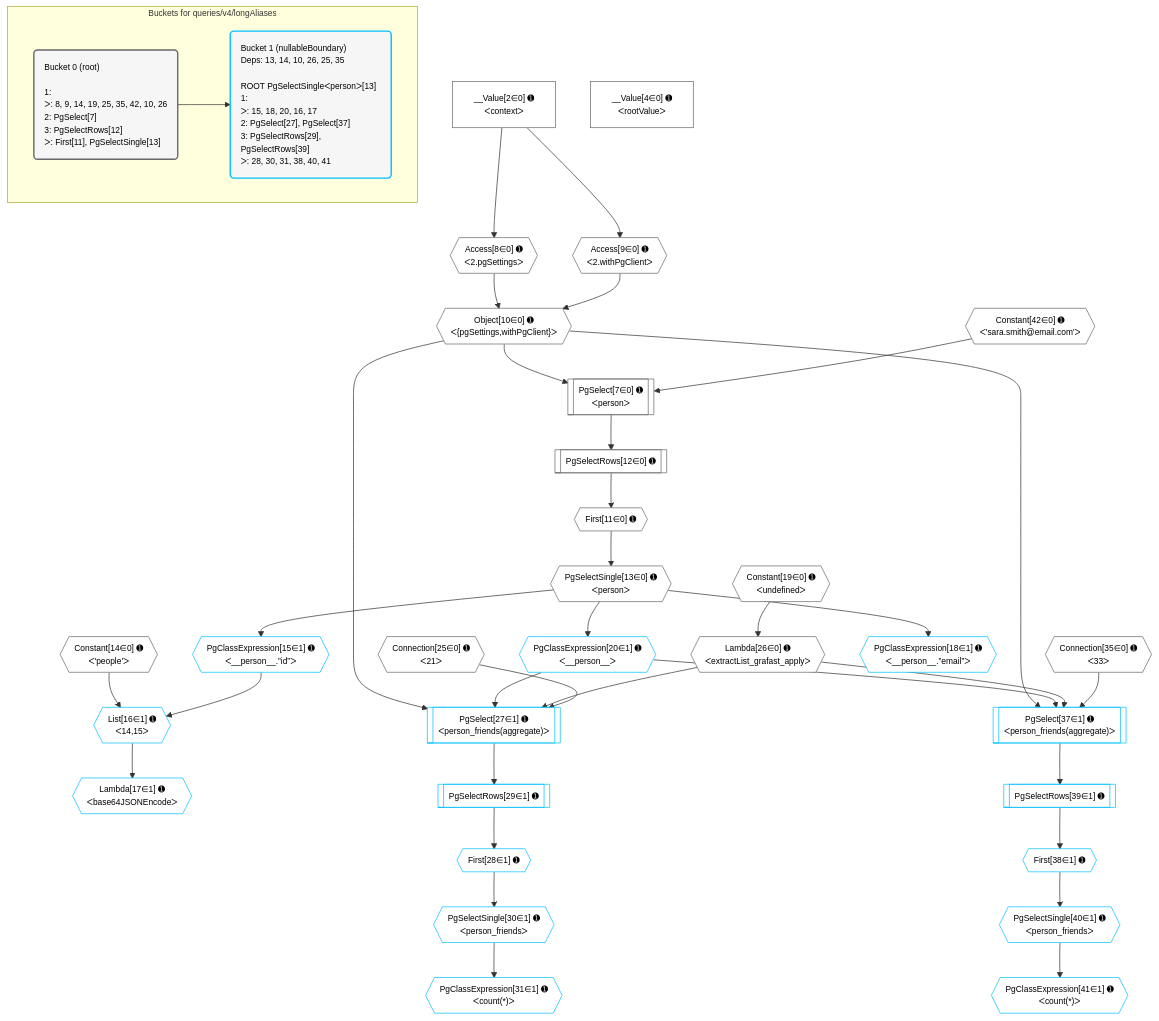
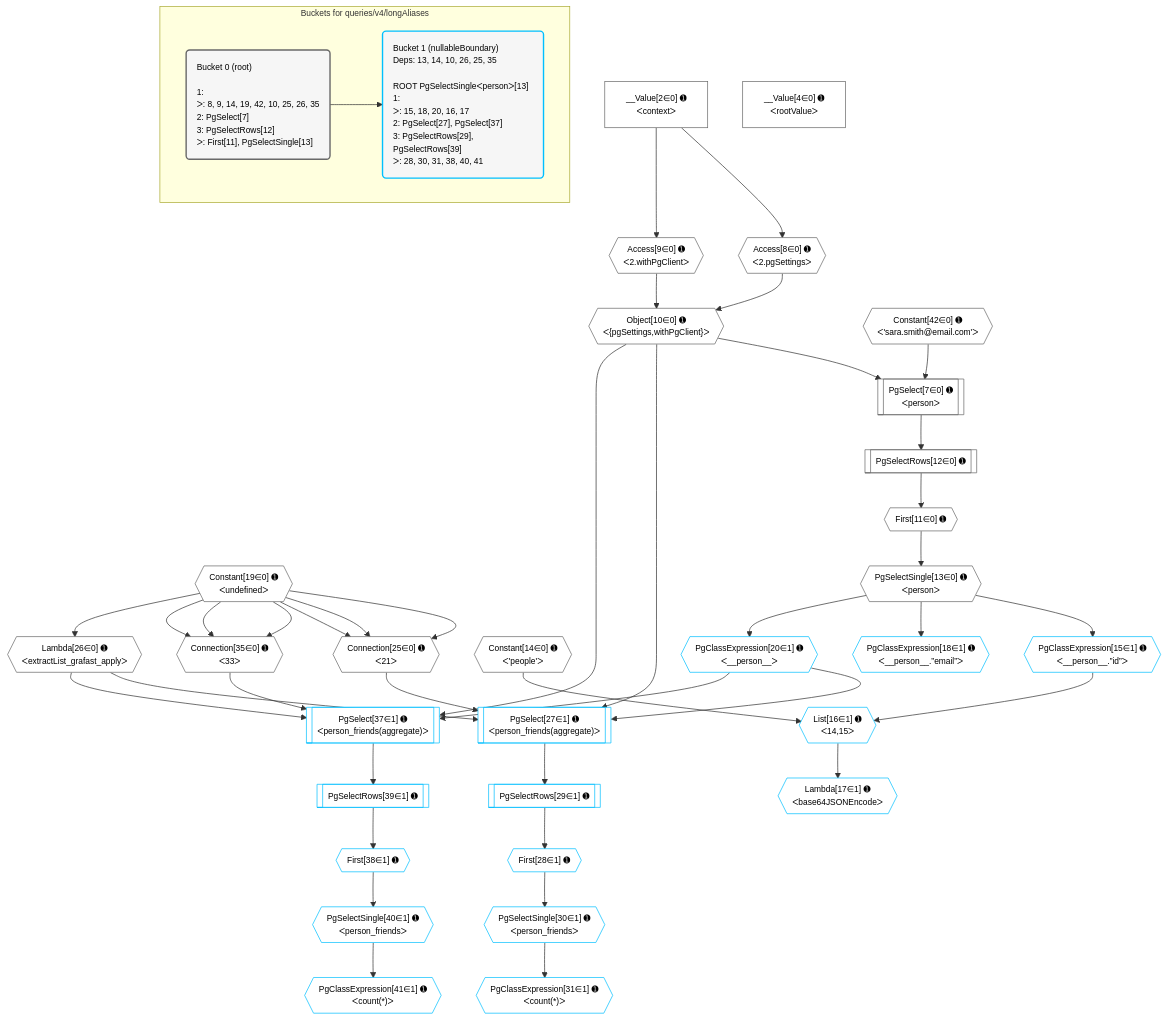
One commit to graphile/crystal changed the diagram in postgraphile/postgraphile/__tests__/queries/v4/longAliases.mermaid. Above: the diagram before and after it, drawn with Mermaid. The commit also changed 116 other files, not shown here.

Commit message:
Update mermaid plan diagrams

```diff
--- a/postgraphile/postgraphile/__tests__/queries/v4/longAliases.mermaid
+++ b/postgraphile/postgraphile/__tests__/queries/v4/longAliases.mermaid
@@ -1,76 +1,78 @@
 %%{init: {'themeVariables': { 'fontSize': '12px'}}}%%
 graph TD
     classDef path fill:#eee,stroke:#000,color:#000
     classDef plan fill:#fff,stroke-width:1px,color:#000
     classDef itemplan fill:#fff,stroke-width:2px,color:#000
     classDef unbatchedplan fill:#dff,stroke-width:1px,color:#000
     classDef sideeffectplan fill:#fcc,stroke-width:2px,color:#000
     classDef bucket fill:#f6f6f6,color:#000,stroke-width:2px,text-align:left
 
 
     %% plan dependencies
+    Connection25{{"Connection[25∈0] ➊<br />ᐸ21ᐳ"}}:::plan
+    Constant19{{"Constant[19∈0] ➊<br />ᐸundefinedᐳ"}}:::plan
+    Constant19 & Constant19 & Constant19 --> Connection25
+    Connection35{{"Connection[35∈0] ➊<br />ᐸ33ᐳ"}}:::plan
+    Constant19 & Constant19 & Constant19 --> Connection35
     PgSelect7[["PgSelect[7∈0] ➊<br />ᐸpersonᐳ"]]:::plan
     Object10{{"Object[10∈0] ➊<br />ᐸ{pgSettings,withPgClient}ᐳ"}}:::plan
     Constant42{{"Constant[42∈0] ➊<br />ᐸ'sara.smith@email.com'ᐳ"}}:::plan
     Object10 & Constant42 --> PgSelect7
     Access8{{"Access[8∈0] ➊<br />ᐸ2.pgSettingsᐳ"}}:::plan
     Access9{{"Access[9∈0] ➊<br />ᐸ2.withPgClientᐳ"}}:::plan
     Access8 & Access9 --> Object10
     __Value2["__Value[2∈0] ➊<br />ᐸcontextᐳ"]:::plan
     __Value2 --> Access8
     __Value2 --> Access9
     First11{{"First[11∈0] ➊"}}:::plan
     PgSelectRows12[["PgSelectRows[12∈0] ➊"]]:::plan
     PgSelectRows12 --> First11
     PgSelect7 --> PgSelectRows12
     PgSelectSingle13{{"PgSelectSingle[13∈0] ➊<br />ᐸpersonᐳ"}}:::plan
     First11 --> PgSelectSingle13
     Lambda26{{"Lambda[26∈0] ➊<br />ᐸextractList_grafast_applyᐳ"}}:::plan
-    Constant19{{"Constant[19∈0] ➊<br />ᐸundefinedᐳ"}}:::plan
     Constant19 --> Lambda26
     __Value4["__Value[4∈0] ➊<br />ᐸrootValueᐳ"]:::plan
     Constant14{{"Constant[14∈0] ➊<br />ᐸ'people'ᐳ"}}:::plan
-    Connection25{{"Connection[25∈0] ➊<br />ᐸ21ᐳ"}}:::plan
-    Connection35{{"Connection[35∈0] ➊<br />ᐸ33ᐳ"}}:::plan
     PgSelect27[["PgSelect[27∈1] ➊<br />ᐸperson_friends(aggregate)ᐳ"]]:::plan
     PgClassExpression20{{"PgClassExpression[20∈1] ➊<br />ᐸ__person__ᐳ"}}:::plan
     Object10 & PgClassExpression20 & Lambda26 & Connection25 --> PgSelect27
     PgSelect37[["PgSelect[37∈1] ➊<br />ᐸperson_friends(aggregate)ᐳ"]]:::plan
     Object10 & PgClassExpression20 & Lambda26 & Connection35 --> PgSelect37
     List16{{"List[16∈1] ➊<br />ᐸ14,15ᐳ"}}:::plan
     PgClassExpression15{{"PgClassExpression[15∈1] ➊<br />ᐸ__person__.”id”ᐳ"}}:::plan
     Constant14 & PgClassExpression15 --> List16
     PgSelectSingle13 --> PgClassExpression15
     Lambda17{{"Lambda[17∈1] ➊<br />ᐸbase64JSONEncodeᐳ"}}:::plan
     List16 --> Lambda17
     PgClassExpression18{{"PgClassExpression[18∈1] ➊<br />ᐸ__person__.”email”ᐳ"}}:::plan
     PgSelectSingle13 --> PgClassExpression18
     PgSelectSingle13 --> PgClassExpression20
     First28{{"First[28∈1] ➊"}}:::plan
     PgSelectRows29[["PgSelectRows[29∈1] ➊"]]:::plan
     PgSelectRows29 --> First28
     PgSelect27 --> PgSelectRows29
     PgSelectSingle30{{"PgSelectSingle[30∈1] ➊<br />ᐸperson_friendsᐳ"}}:::plan
     First28 --> PgSelectSingle30
     PgClassExpression31{{"PgClassExpression[31∈1] ➊<br />ᐸcount(*)ᐳ"}}:::plan
     PgSelectSingle30 --> PgClassExpression31
     First38{{"First[38∈1] ➊"}}:::plan
     PgSelectRows39[["PgSelectRows[39∈1] ➊"]]:::plan
     PgSelectRows39 --> First38
     PgSelect37 --> PgSelectRows39
     PgSelectSingle40{{"PgSelectSingle[40∈1] ➊<br />ᐸperson_friendsᐳ"}}:::plan
     First38 --> PgSelectSingle40
     PgClassExpression41{{"PgClassExpression[41∈1] ➊<br />ᐸcount(*)ᐳ"}}:::plan
     PgSelectSingle40 --> PgClassExpression41
 
     %% define steps
 
     subgraph "Buckets for queries/v4/longAliases"
-    Bucket0("Bucket 0 (root)<br /><br />1: <br />ᐳ: 8, 9, 14, 19, 25, 35, 42, 10, 26<br />2: PgSelect[7]<br />3: PgSelectRows[12]<br />ᐳ: First[11], PgSelectSingle[13]"):::bucket
+    Bucket0("Bucket 0 (root)<br /><br />1: <br />ᐳ: 8, 9, 14, 19, 42, 10, 25, 26, 35<br />2: PgSelect[7]<br />3: PgSelectRows[12]<br />ᐳ: First[11], PgSelectSingle[13]"):::bucket
     classDef bucket0 stroke:#696969
     class Bucket0,__Value2,__Value4,PgSelect7,Access8,Access9,Object10,First11,PgSelectRows12,PgSelectSingle13,Constant14,Constant19,Connection25,Lambda26,Connection35,Constant42 bucket0
     Bucket1("Bucket 1 (nullableBoundary)<br />Deps: 13, 14, 10, 26, 25, 35<br /><br />ROOT PgSelectSingleᐸpersonᐳ[13]<br />1: <br />ᐳ: 15, 18, 20, 16, 17<br />2: PgSelect[27], PgSelect[37]<br />3: PgSelectRows[29], PgSelectRows[39]<br />ᐳ: 28, 30, 31, 38, 40, 41"):::bucket
     classDef bucket1 stroke:#00bfff
     class Bucket1,PgClassExpression15,List16,Lambda17,PgClassExpression18,PgClassExpression20,PgSelect27,First28,PgSelectRows29,PgSelectSingle30,PgClassExpression31,PgSelect37,First38,PgSelectRows39,PgSelectSingle40,PgClassExpression41 bucket1
     Bucket0 --> Bucket1
     end
```
